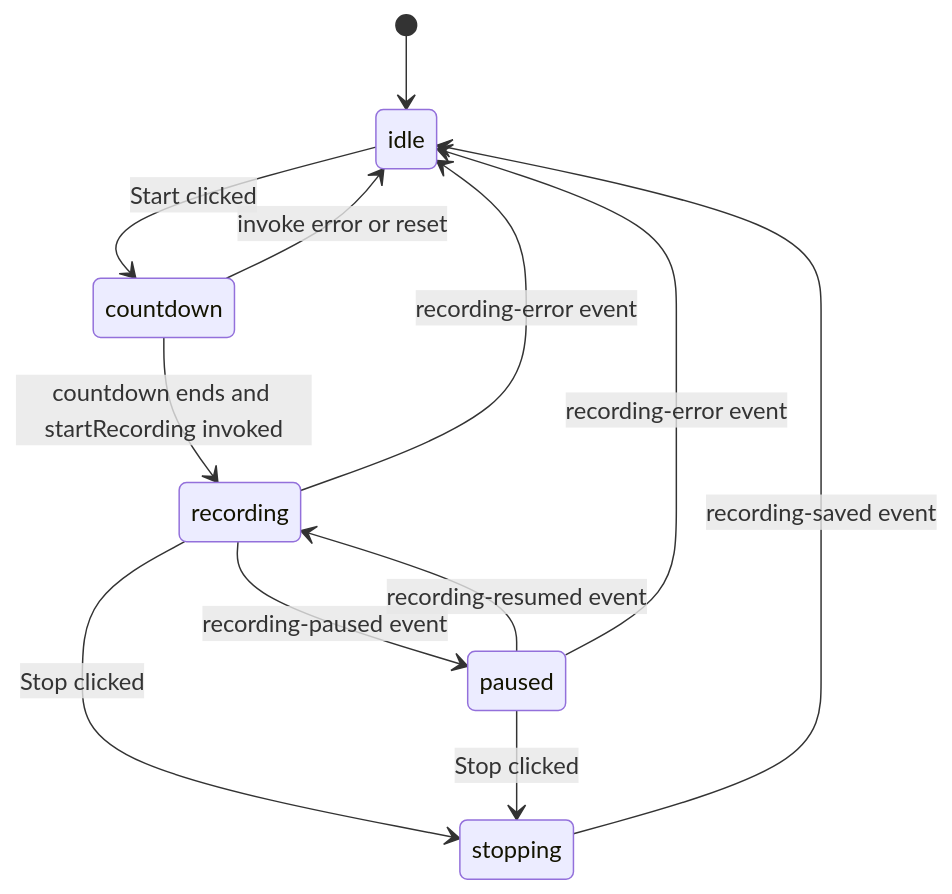
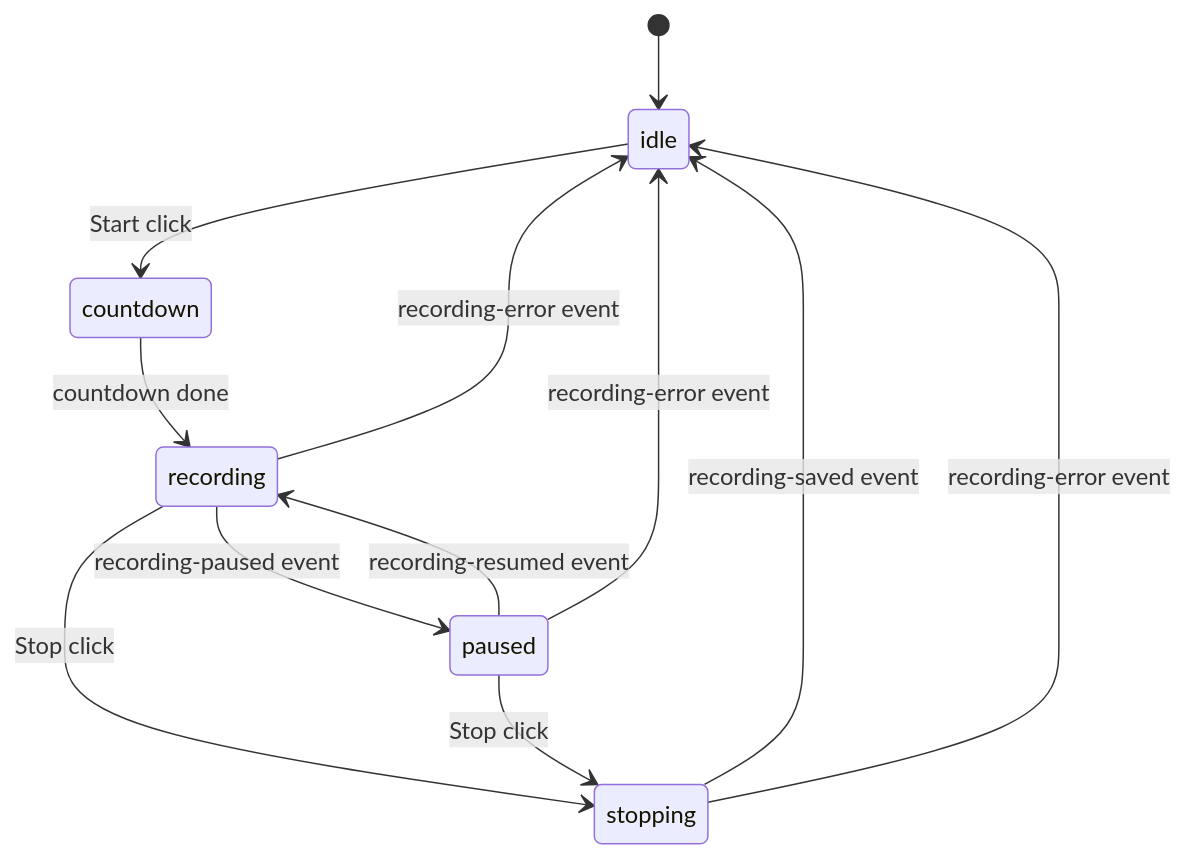
One commit to MaximeBF2000/momentum-capture changed the diagram in docs/frontend-backend-contract.md. Above: the diagram before and after it, drawn with Mermaid. The commit also changed other lines of this file and 5 other files, not shown here.

````diff
--- a/docs/frontend-backend-contract.md
+++ b/docs/frontend-backend-contract.md
@@ -79,14 +91,14 @@
 ```mermaid
 stateDiagram-v2
   [*] --> idle
-  idle --> countdown: Start clicked
-  countdown --> recording: countdown ends and startRecording invoked
+  idle --> countdown: Start click
+  countdown --> recording: countdown done
   recording --> paused: recording-paused event
   paused --> recording: recording-resumed event
-  recording --> stopping: Stop clicked
-  paused --> stopping: Stop clicked
+  recording --> stopping: Stop click
+  paused --> stopping: Stop click
   stopping --> idle: recording-saved event
   recording --> idle: recording-error event
   paused --> idle: recording-error event
-  countdown --> idle: invoke error or reset
+  stopping --> idle: recording-error event
 ```
````
